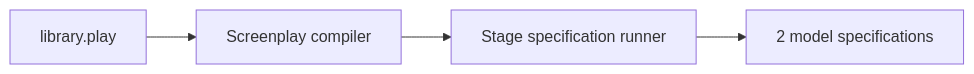
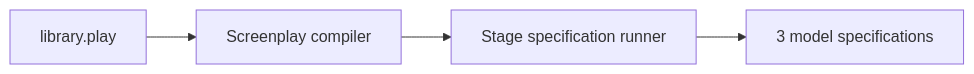
Before and after one commit to Cratis/Samples: the diagram in ModelFirst/Library/README.md, drawn with Mermaid. The commit also changed other lines of this file and 1 other file, not shown here.

Commit message:
Update Library model with inline event and author rejection spec

````diff
--- a/ModelFirst/Library/README.md
+++ b/ModelFirst/Library/README.md
@@ -30,6 +30,6 @@
 ```mermaid
 flowchart LR
     model[library.play] --> compiler[Screenplay compiler]
     compiler --> stage[Stage specification runner]
-    stage --> result[2 model specifications]
+    stage --> result[3 model specifications]
 ```
````
